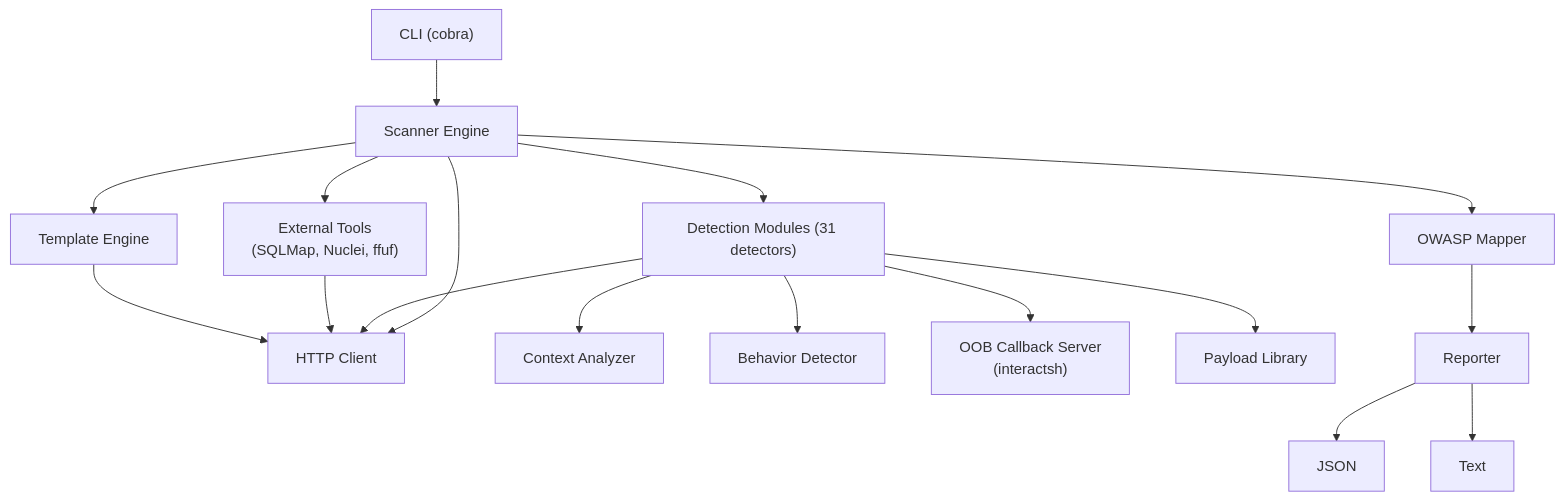
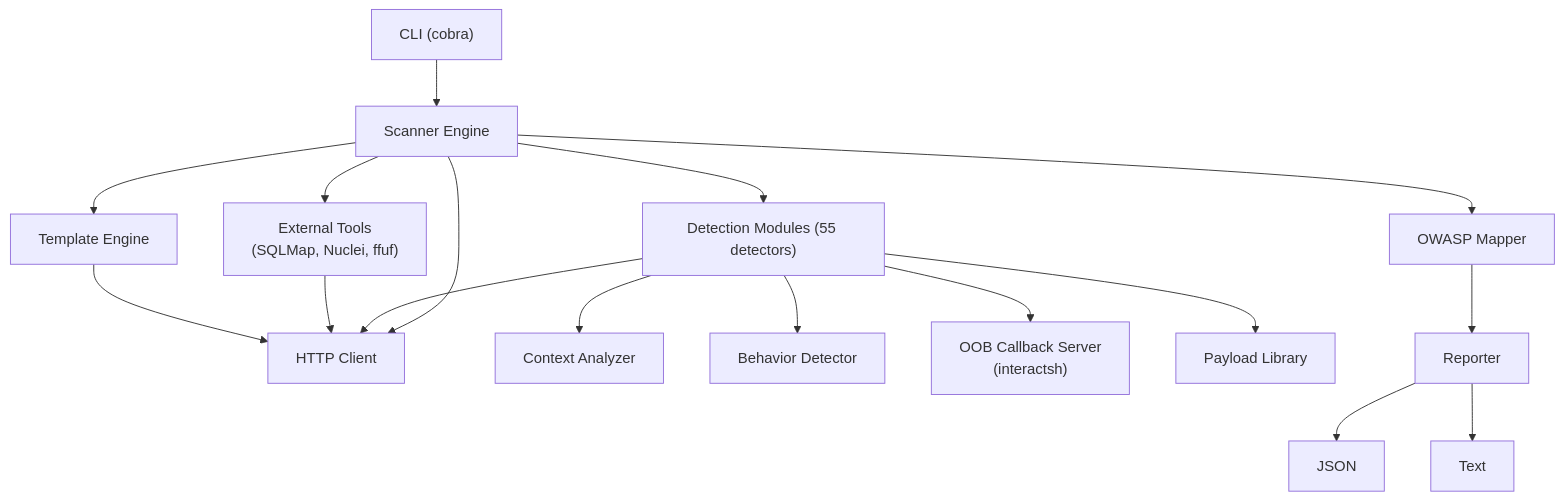
The first of 4 diagrams in README.md (TyrusRC/assay), drawn with Mermaid before and after one commit. The commit also changed other lines of this file, not shown here.

````diff
--- a/README.md
+++ b/README.md
@@ -9,33 +11,33 @@
 ```mermaid
 flowchart TD
     CLI["CLI (cobra)"]
     Scanner["Scanner Engine"]
     HTTP["HTTP Client"]
-    Detection["Detection Modules (31 detectors)"]
+    Detection["Detection Modules (55 detectors)"]
     Tools["External Tools\n(SQLMap, Nuclei, ffuf)"]
     Templates["Template Engine"]
     Context["Context Analyzer"]
     Behavior["Behavior Detector"]
     OOB["OOB Callback Server\n(interactsh)"]
     Payloads["Payload Library"]
     OWASP["OWASP Mapper"]
     Reporter["Reporter"]
 
     CLI --> Scanner
     Scanner --> HTTP
     Scanner --> Detection
     Scanner --> Tools
     Scanner --> Templates
     Detection --> Context
     Detection --> Behavior
     Detection --> OOB
     Detection --> Payloads
     Detection --> HTTP
     Tools --> HTTP
     Templates --> HTTP
     Scanner --> OWASP
     OWASP --> Reporter
 
     Reporter --> JSON["JSON"]
     Reporter --> Text["Text"]
 ```
````
